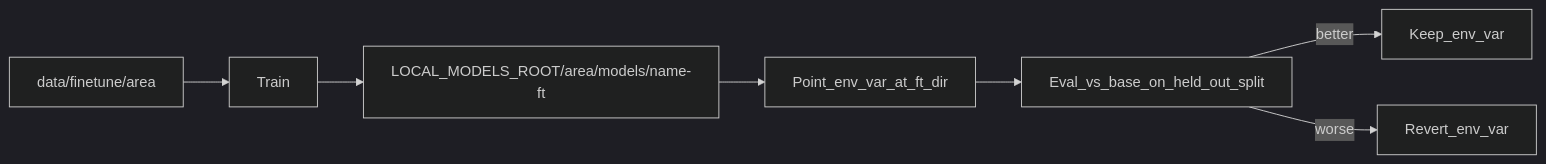
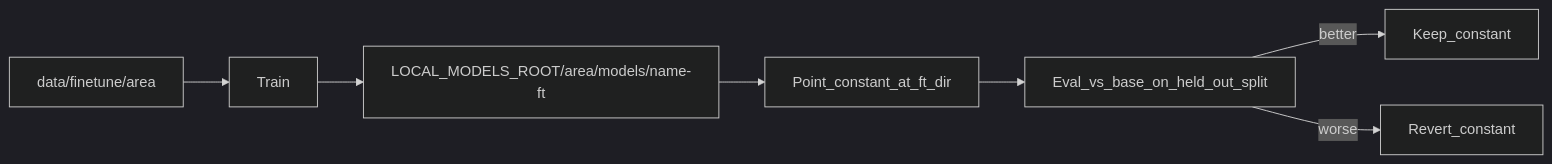
One commit to felixzhu97/explore-ml changed the first of 2 diagrams in docs/user-guide/fine-tuning.md. Above: the diagram before and after it, drawn with Mermaid (dark theme). The commit also changed other lines of this file and 22 other files, not shown here.

````diff
--- a/docs/user-guide/fine-tuning.md
+++ b/docs/user-guide/fine-tuning.md
@@ -17,13 +18,13 @@
 ```mermaid
 flowchart LR
   Data[data/finetune/area]
   Train[Train]
   Out[LOCAL_MODELS_ROOT/area/models/name-ft]
-  Env[Point_env_var_at_ft_dir]
+  Env[Point_constant_at_ft_dir]
   Eval[Eval_vs_base_on_held_out_split]
-  Keep[Keep_env_var]
-  Revert[Revert_env_var]
+  Keep[Keep_constant]
+  Revert[Revert_constant]
   Data --> Train --> Out --> Env --> Eval
   Eval -->|better| Keep
   Eval -->|worse| Revert
 ```
````
